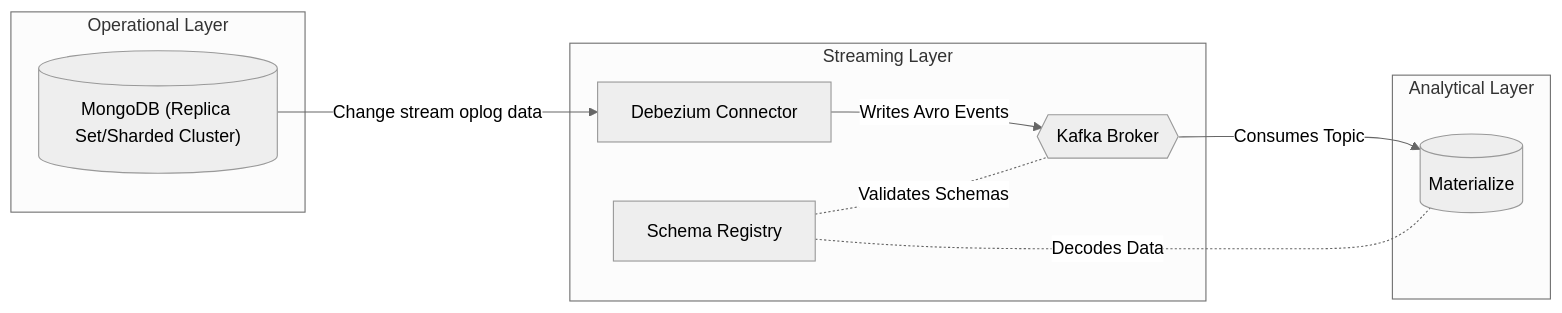
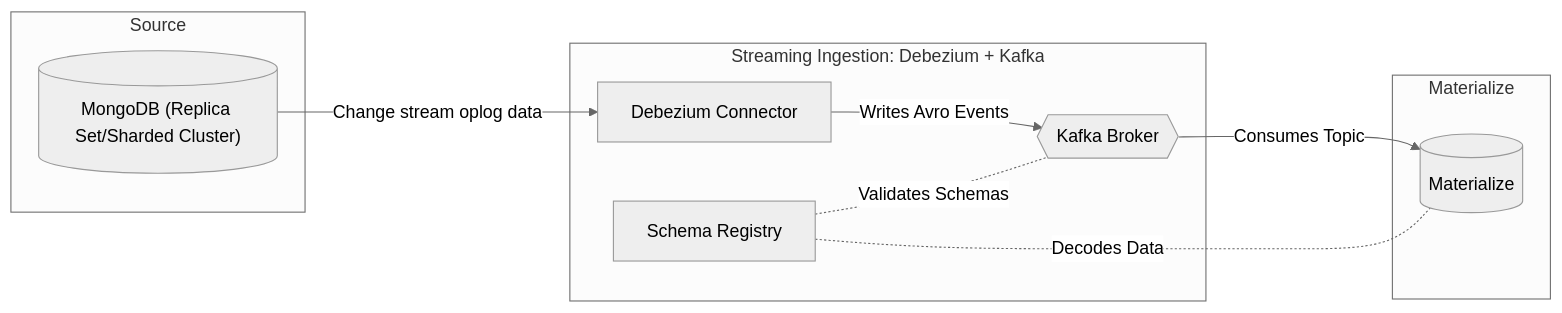
Before and after one commit to MaterializeInc/materialize: the diagram in doc/user/content/ingest-data/mongodb/_index.md, drawn with Mermaid (neutral theme). The commit also changed other lines of this file, not shown here.

````diff
--- a/doc/user/content/ingest-data/mongodb/_index.md
+++ b/doc/user/content/ingest-data/mongodb/_index.md
@@ -26,22 +20,22 @@
 ```mermaid
 flowchart LR
-    subgraph "Operational Layer"
+    subgraph "Source"
         Mongo[("MongoDB (Replica Set/Sharded Cluster)")]
     end
 
-    subgraph "Streaming Layer"
+    subgraph "Streaming Ingestion: Debezium + Kafka"
         Debezium["Debezium Connector"]
         Kafka{{"Kafka Broker"}}
         Schema["Schema Registry"]
     end
 
-    subgraph "Analytical Layer"
+    subgraph "Materialize"
         MZ[("Materialize")]
     end
 
     Mongo -- "Change stream oplog data" --> Debezium
     Debezium -- "Writes Avro Events" --> Kafka
     Schema -. "Validates Schemas" .- Kafka
     Kafka -- "Consumes Topic" --> MZ
     Schema -. "Decodes Data" .- MZ
 ```
````
